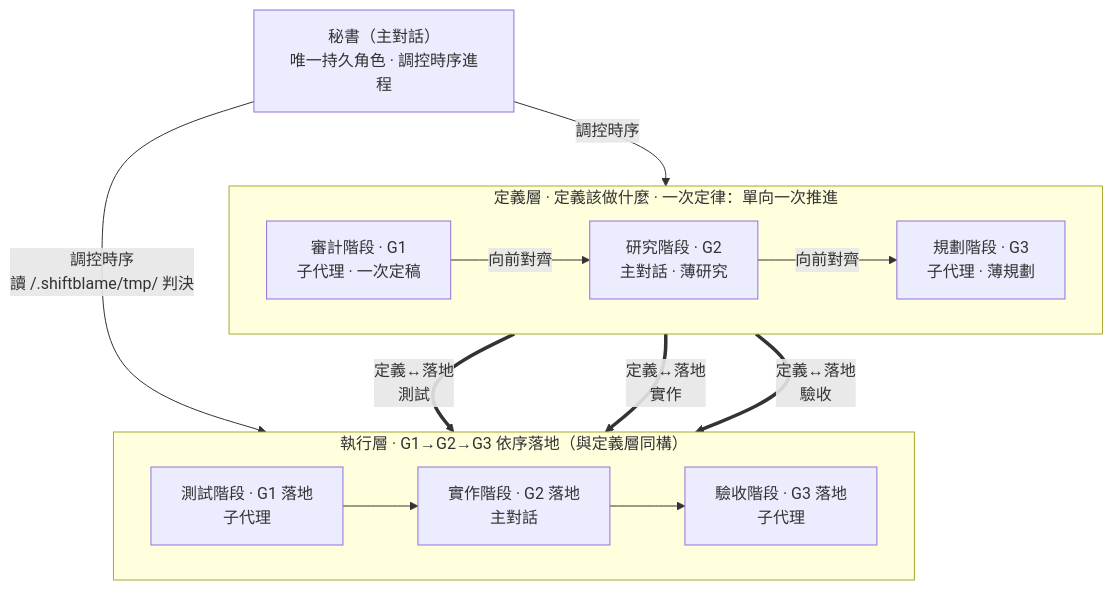
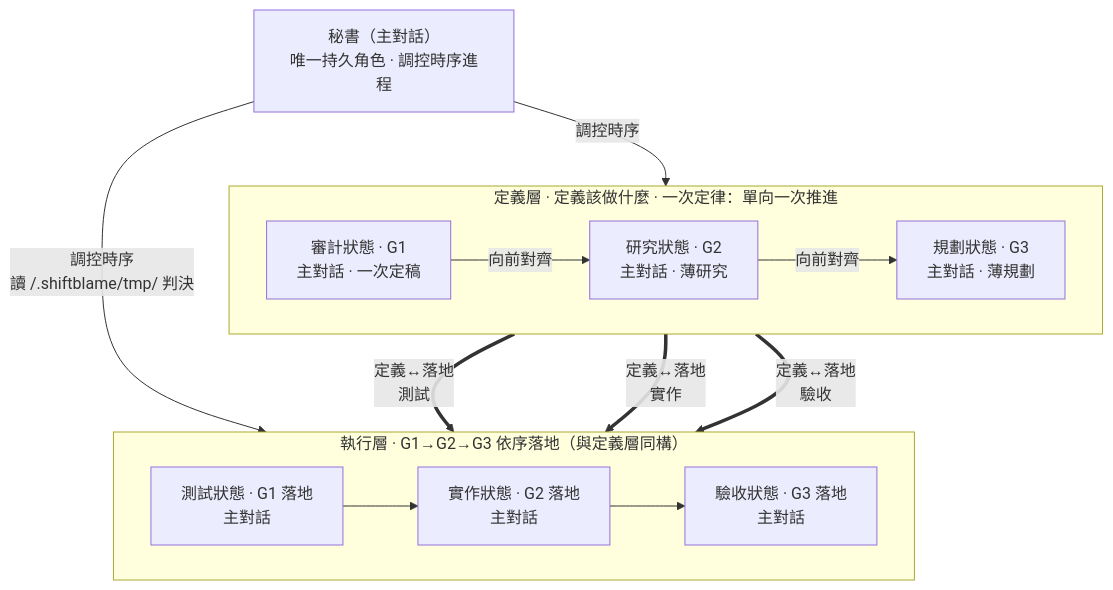
One commit to teps3105/shiftblame changed the second of 2 diagrams in README.md. Above: the diagram before and after it, drawn with Mermaid. The commit also changed other lines of this file and 31 other files, not shown here.

````diff
--- a/README.md
+++ b/README.md
@@ -102,19 +104,19 @@
 ```mermaid
 flowchart TB
     SEC["秘書（主對話）<br/>唯一持久角色 · 調控時序進程"]
     subgraph Consult["定義層 · 定義該做什麼 · 一次定律：單向一次推進"]
         direction LR
-        G1["審計階段 · G1<br/>子代理 · 一次定稿"] -->|向前對齊| G2["研究階段 · G2<br/>主對話 · 薄研究"]
-        G2 -->|向前對齊| G3["規劃階段 · G3<br/>子代理 · 薄規劃"]
+        G1["審計狀態 · G1<br/>主對話 · 一次定稿"] -->|向前對齊| G2["研究狀態 · G2<br/>主對話 · 薄研究"]
+        G2 -->|向前對齊| G3["規劃狀態 · G3<br/>主對話 · 薄規劃"]
     end
     subgraph Build["執行層 · G1→G2→G3 依序落地（與定義層同構）"]
         direction LR
-        TST["測試階段 · G1 落地<br/>子代理"] --> DEV["實作階段 · G2 落地<br/>主對話"]
-        DEV --> ACC["驗收階段 · G3 落地<br/>子代理"]
+        TST["測試狀態 · G1 落地<br/>主對話"] --> DEV["實作狀態 · G2 落地<br/>主對話"]
+        DEV --> ACC["驗收狀態 · G3 落地<br/>主對話"]
     end
     SEC -- 調控時序 --> Consult
     SEC -- 調控時序<br/>讀 <repo>/.shiftblame/tmp/ 判決 --> Build
     G1 == "定義↔落地<br/>測試" ==> TST
     G2 == "定義↔落地<br/>實作" ==> DEV
     G3 == "定義↔落地<br/>驗收" ==> ACC
 ```
````
